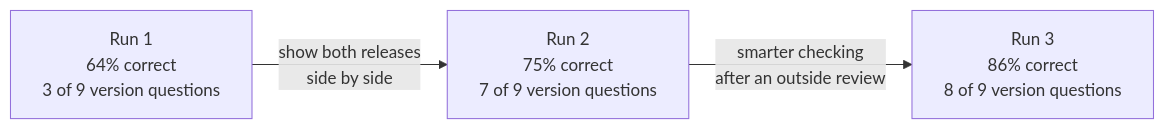
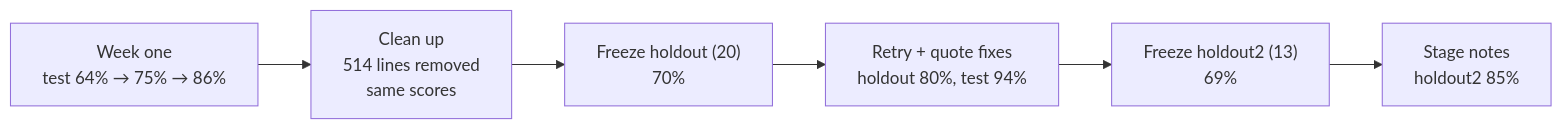
One commit to Sooryasooru/MachineTask-AION changed the first of 2 diagrams in README.md. Above: the diagram before and after it, drawn with Mermaid. The commit also changed other lines of this file and 1 other file, not shown here.

First line of the commit message:
README and AI_USAGE: week-two results, holdouts first, honest limits

````diff
--- a/README.md
+++ b/README.md
@@ -33,5 +41,8 @@
 ```mermaid
 flowchart LR
-    R1["Run 1<br/>64% correct<br/>3 of 9 version questions"] -->|"show both releases<br/>side by side"| R2["Run 2<br/>75% correct<br/>7 of 9 version questions"]
-    R2 -->|"smarter checking<br/>after an outside review"| R3["Run 3<br/>86% correct<br/>8 of 9 version questions"]
+    W1["Week one<br/>test 64% → 75% → 86%"] --> C["Clean up<br/>514 lines removed<br/>same scores"]
+    C --> H1["Freeze holdout (20)<br/>70%"]
+    H1 --> F1["Retry + quote fixes<br/>holdout 80%, test 94%"]
+    F1 --> H2["Freeze holdout2 (13)<br/>69%"]
+    H2 --> F2["Stage notes<br/>holdout2 85%"]
 ```
````
